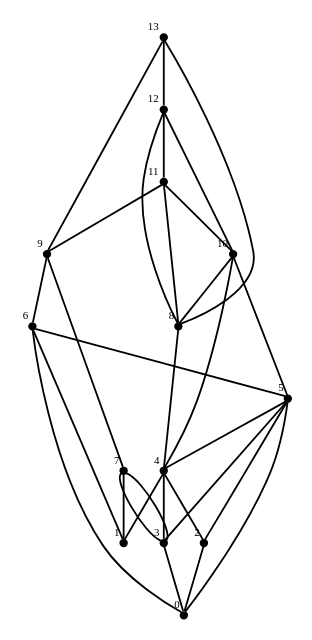
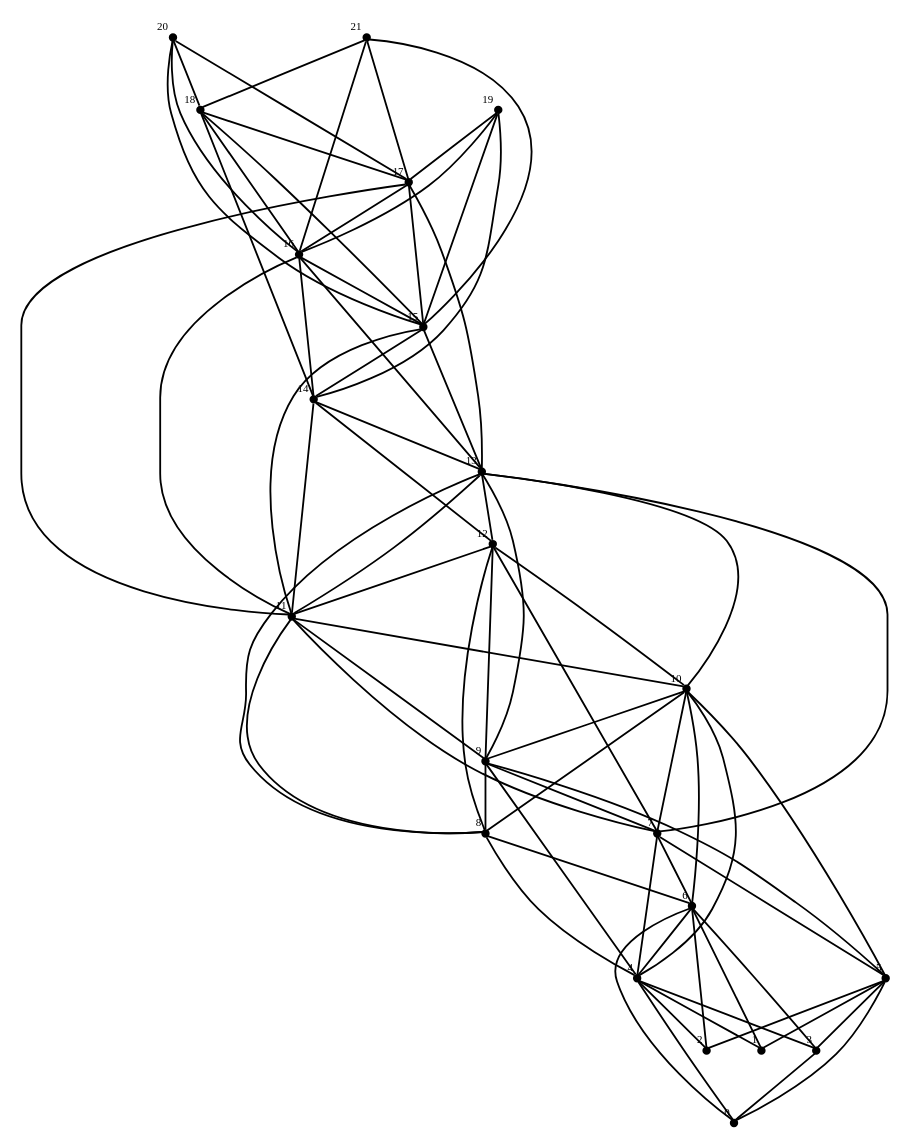
Before and after one commit to sksamal/igraph: the diagram in examples/simple/maa.dot, drawn with Graphviz. The commit also changed 27 other files, not shown here.

Commit message:
atfree graphs generated

```diff
--- a/examples/simple/maa.dot
+++ b/examples/simple/maa.dot
@@ -2,122 +2,214 @@
 graph {
   graph [
     name="Graph G"
-    vertices=14
-    edges=29
+    vertices=22
+    edges=50
   ];
   0 [
-    pos="0.000000,0.400000!"
+    pos="0.000000,0.000000!"
     shape=point
     fontsize=6
     xlabel=0
   ];
   1 [
-    pos="0.000000,0.800000!"
+    pos="0.000000,1.000000!"
     shape=point
     fontsize=6
     xlabel=1
   ];
   2 [
-    pos="0.000000,1.200000!"
+    pos="0.000000,2.000000!"
     shape=point
     fontsize=6
     xlabel=2
   ];
   3 [
-    pos="0.000000,1.600000!"
+    pos="0.000000,3.000000!"
     shape=point
     fontsize=6
     xlabel=3
   ];
   4 [
-    pos="0.400000,0.400000!"
+    pos="1.000000,1.000000!"
     shape=point
     fontsize=6
     xlabel=4
   ];
   5 [
-    pos="0.400000,0.800000!"
+    pos="1.000000,2.000000!"
     shape=point
     fontsize=6
     xlabel=5
   ];
   6 [
-    pos="0.400000,1.200000!"
+    pos="1.000000,3.000000!"
     shape=point
     fontsize=6
     xlabel=6
   ];
   7 [
-    pos="0.400000,1.600000!"
+    pos="2.000000,0.000000!"
     shape=point
     fontsize=6
     xlabel=7
   ];
   8 [
-    pos="0.800000,0.800000!"
+    pos="2.000000,1.000000!"
     shape=point
     fontsize=6
     xlabel=8
   ];
   9 [
-    pos="0.800000,1.200000!"
+    pos="2.000000,2.000000!"
     shape=point
     fontsize=6
     xlabel=9
   ];
   10 [
-    pos="0.800000,1.600000!"
+    pos="2.000000,3.000000!"
     shape=point
     fontsize=6
     xlabel=10
   ];
   11 [
-    pos="1.200000,0.800000!"
+    pos="3.000000,1.000000!"
     shape=point
     fontsize=6
     xlabel=11
   ];
   12 [
-    pos="1.200000,1.200000!"
+    pos="3.000000,2.000000!"
     shape=point
     fontsize=6
     xlabel=12
   ];
   13 [
-    pos="1.200000,1.600000!"
+    pos="3.000000,3.000000!"
     shape=point
     fontsize=6
     xlabel=13
   ];
+  14 [
+    pos="4.000000,0.000000!"
+    shape=point
+    fontsize=6
+    xlabel=14
+  ];
+  15 [
+    pos="4.000000,1.000000!"
+    shape=point
+    fontsize=6
+    xlabel=15
+  ];
+  16 [
+    pos="4.000000,2.000000!"
+    shape=point
+    fontsize=6
+    xlabel=16
+  ];
+  17 [
+    pos="4.000000,3.000000!"
+    shape=point
+    fontsize=6
+    xlabel=17
+  ];
+  18 [
+    pos="5.000000,0.000000!"
+    shape=point
+    fontsize=6
+    xlabel=18
+  ];
+  19 [
+    pos="5.000000,1.000000!"
+    shape=point
+    fontsize=6
+    xlabel=19
+  ];
+  20 [
+    pos="5.000000,2.000000!"
+    shape=point
+    fontsize=6
+    xlabel=20
+  ];
+  21 [
+    pos="5.000000,3.000000!"
+    shape=point
+    fontsize=6
+    xlabel=21
+  ];
 
+  5 -- 0;
   6 -- 0;
-  5 -- 0;
-  2 -- 0;
+  4 -- 0;
+  4 -- 1;
   6 -- 1;
-  4 -- 1;
-  7 -- 1;
+  5 -- 1;
+  6 -- 2;
+  4 -- 2;
   5 -- 2;
-  4 -- 2;
+  6 -- 3;
   5 -- 3;
-  7 -- 3;
-  4 -- 3;
   3 -- 0;
   10 -- 4;
-  5 -- 4;
-  10 -- 5;
-  6 -- 5;
-  9 -- 6;
-  9 -- 7;
-  11 -- 8;
+  9 -- 5;
+  10 -- 6;
+  6 -- 4;
+  12 -- 7;
+  7 -- 5;
+  13 -- 7;
+  12 -- 8;
   8 -- 4;
-  12 -- 8;
-  10 -- 8;
+  13 -- 8;
+  11 -- 9;
+  9 -- 4;
   13 -- 9;
   11 -- 10;
-  11 -- 9;
+  14 -- 11;
+  12 -- 11;
+  14 -- 12;
+  14 -- 13;
+  19 -- 14;
+  15 -- 14;
+  20 -- 15;
+  15 -- 13;
+  18 -- 15;
+  20 -- 16;
+  16 -- 11;
+  16 -- 15;
+  18 -- 17;
+  17 -- 13;
+  20 -- 17;
+  17 -- 15;
+  18 -- 14;
+  20 -- 18;
+  19 -- 17;
+  19 -- 15;
+  21 -- 16;
+  21 -- 17;
+  21 -- 15;
+  21 -- 18;
+  7 -- 4;
+  4 -- 3;
+  10 -- 7;
+  11 -- 7;
+  10 -- 9;
+  13 -- 10;
   12 -- 10;
-  12 -- 11;
-  13 -- 8;
+  9 -- 8;
+  10 -- 8;
+  7 -- 6;
+  9 -- 7;
+  17 -- 11;
+  15 -- 11;
+  8 -- 6;
   13 -- 12;
-  7 -- 3;
+  10 -- 5;
+  13 -- 11;
+  11 -- 8;
+  12 -- 9;
+  19 -- 16;
+  18 -- 16;
+  17 -- 16;
+  16 -- 14;
+  16 -- 13;
 }
```
